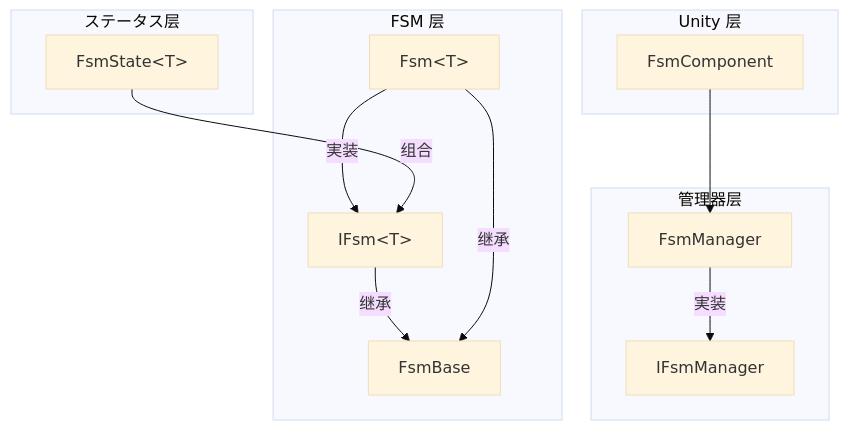
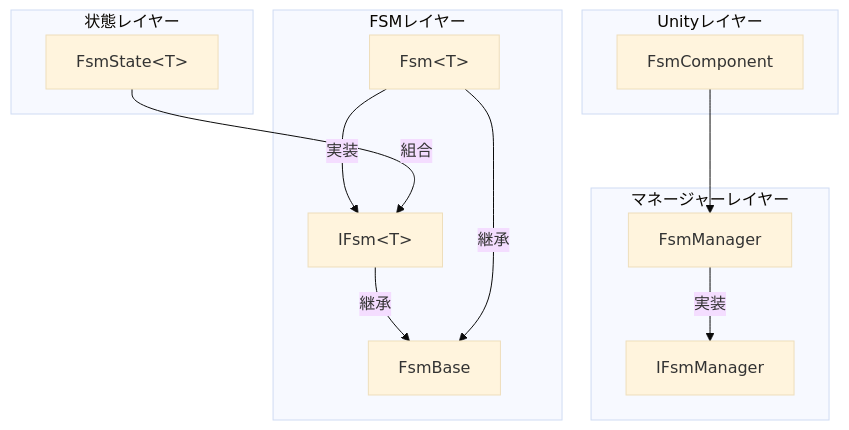
Before and after one commit to AlianBlank/GameFrameX.Docs: the first of 4 diagrams in docs/ja/client/unity/component/fsm/04.features.md, drawn with Mermaid (base theme). The commit also changed other lines of this file and 320 other files, not shown here.

````diff
--- a/docs/ja/client/unity/component/fsm/04.features.md
+++ b/docs/ja/client/unity/component/fsm/04.features.md
@@ -21,28 +21,28 @@
 ```mermaid
 graph TD
-    subgraph Unity["Unity 层"]
+    subgraph Unity["Unityレイヤー"]
         FC[FsmComponent]
     end
 
-    subgraph Manager["管理器层"]
+    subgraph Manager["マネージャーレイヤー"]
         FM[FsmManager]
         IFM[IFsmManager]
     end
 
-    subgraph FSM["FSM 层"]
+    subgraph FSM["FSMレイヤー"]
         IF[IFsm&lt;T&gt;]
         FB[FsmBase]
         F[Fsm&lt;T&gt;]
     end
 
-    subgraph State["ステータス层"]
+    subgraph State["状態レイヤー"]
         FS[FsmState&lt;T&gt;]
     end
 
     FC --> FM
     FM -->|実装| IFM
-    IF -->|继承| FB
-    F -->|继承| FB
+    IF -->|継承| FB
+    F -->|継承| FB
     F -->|実装| IF
-    FS -->|组合| IF
+    FS -->|組合| IF
 ```
````
